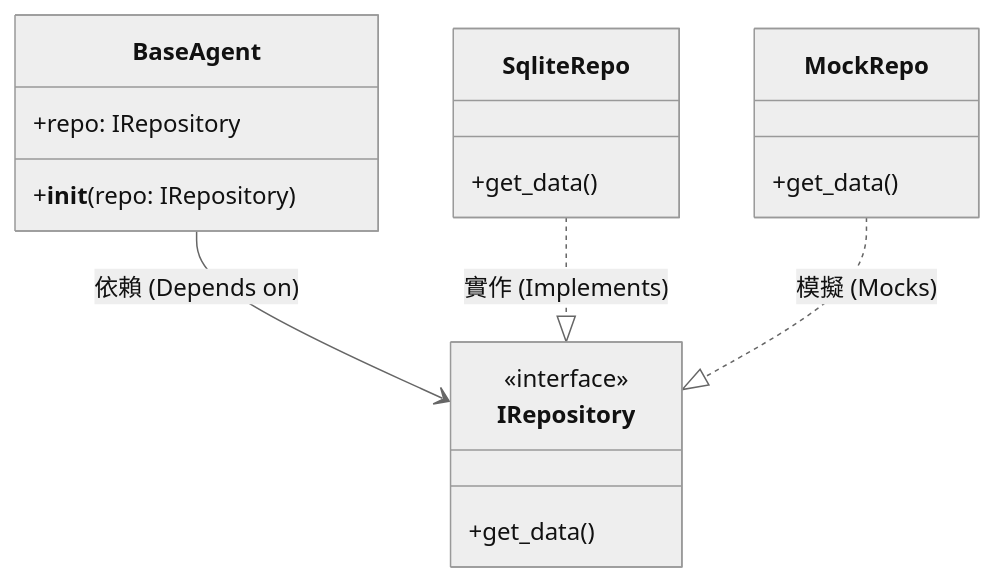
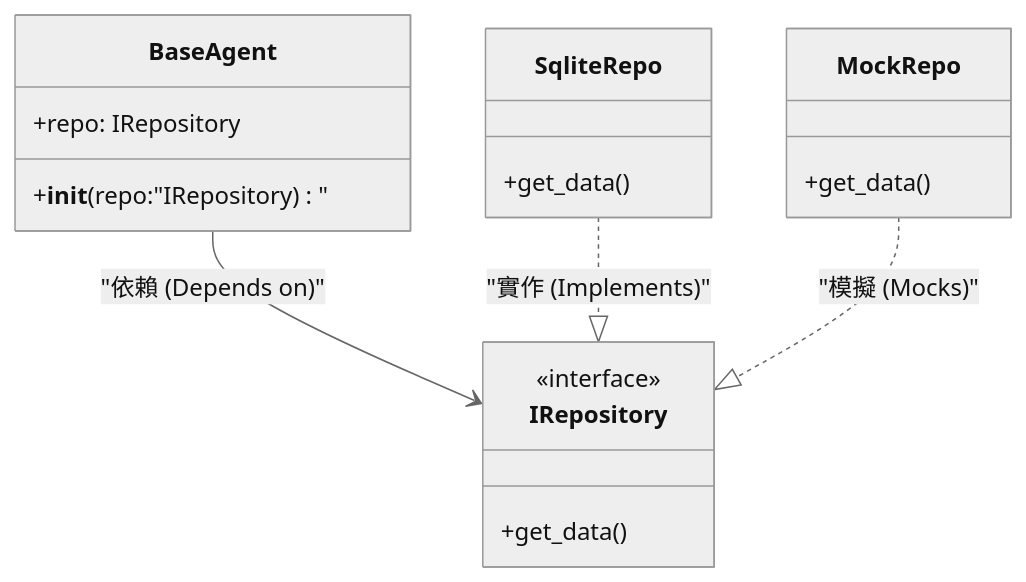
The diagram in wiki/05_工程手冊-Engineering_Handbook/01_設計模式-Patterns/設計模式-依賴注入-DI-Pattern.md (neohsiung/AI-Investment-Advisor), drawn with Mermaid (neutral theme) before and after one commit. The commit also changed 15 other files, not shown here.

First line of the commit message:
docs(wiki): optimize structure, standardize flat-links, and fix mermaid syntax

````diff
--- a/wiki/05_工程手冊-Engineering_Handbook/01_設計模式-Patterns/設計模式-依賴注入-DI-Pattern.md
+++ b/wiki/05_工程手冊-Engineering_Handbook/01_設計模式-Patterns/設計模式-依賴注入-DI-Pattern.md
@@ -48,21 +48,21 @@
 ```mermaid
 classDiagram
     class BaseAgent {
         +repo: IRepository
-        +__init__(repo: IRepository)
+        +__init__(repo:"IRepository)"
     }
     class IRepository {
         <<interface>>
         +get_data()
     }
     class SqliteRepo {
         +get_data()
     }
     class MockRepo {
         +get_data()
     }
     
-    BaseAgent --> IRepository : 依賴 (Depends on)
-    SqliteRepo ..|> IRepository : 實作 (Implements)
-    MockRepo ..|> IRepository : 模擬 (Mocks)
+    BaseAgent --> IRepository : "依賴 (Depends on)"
+    SqliteRepo ..|> IRepository : "實作 (Implements)"
+    MockRepo ..|> IRepository : "模擬 (Mocks)"
 ```
````
